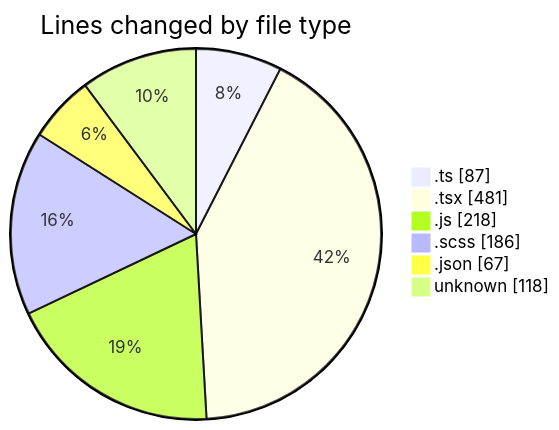
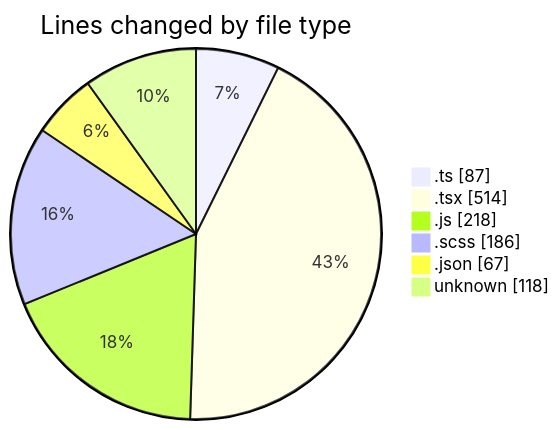
One commit to momahboobian/code-tracking changed the first of 2 diagrams in 2026-05-08/cda/README.md. Above: the diagram before and after it, drawn with Mermaid. The commit also changed other lines of this file and 1 other file, not shown here.

````diff
--- a/2026-05-08/cda/README.md
+++ b/2026-05-08/cda/README.md
@@ -36,10 +36,10 @@
 ```mermaid
 pie showData
 title Lines changed by file type
 ".ts" : 87
-".tsx" : 481
+".tsx" : 514
 ".js" : 218
 ".scss" : 186
 ".json" : 67
 "unknown" : 118
 ```
````
